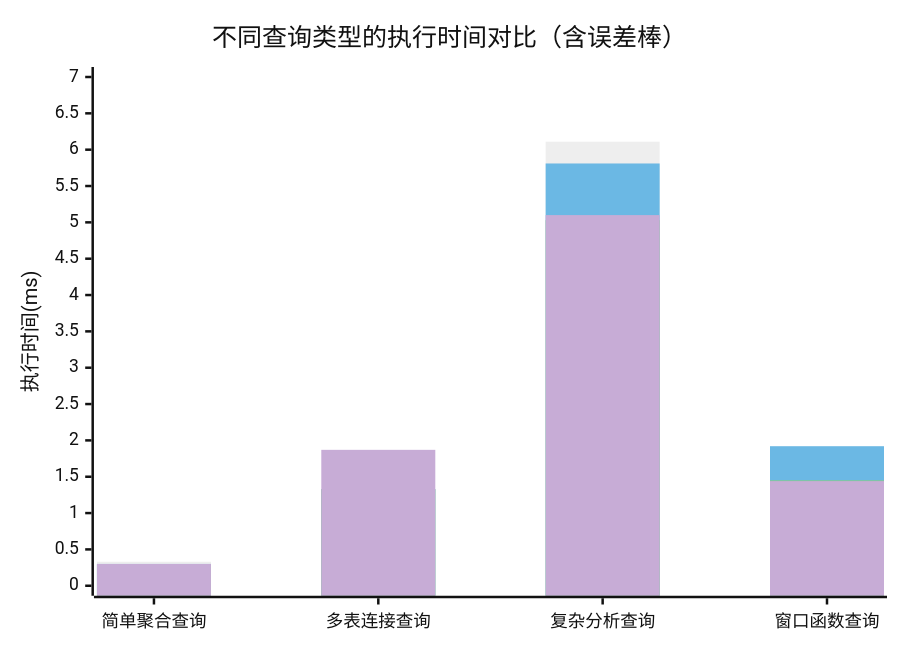
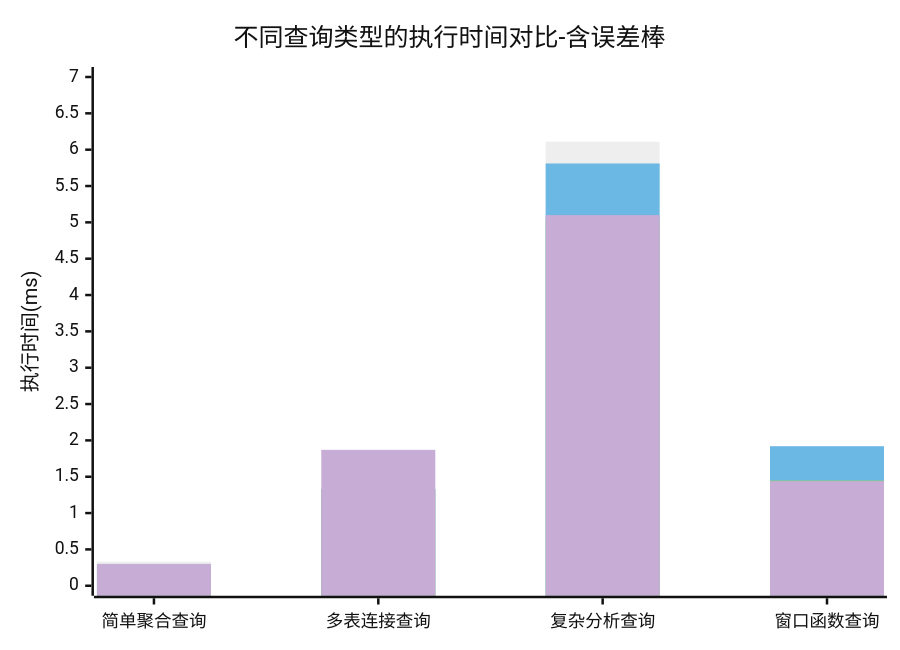
Before and after one commit to crazypenguincode/duckdb: the fourth of 24 diagrams in md/第五章-实验与分析.md, drawn with Mermaid (neutral theme). The commit also changed other lines of this file and 459 other files, not shown here.

````diff
--- a/md/第五章-实验与分析.md
+++ b/md/第五章-实验与分析.md
@@ -223,10 +223,10 @@
 ```mermaid
 xychart-beta
-    title "不同查询类型的执行时间对比（含误差棒）"
+    title "不同查询类型的执行时间对比-含误差棒"
     x-axis ["简单聚合查询", "多表连接查询", "复杂分析查询", "窗口函数查询"]
     y-axis "执行时间(ms)" 0 --> 7
     bar "10次测试" [0.33, 1.33, 6.11, 1.33]
     bar "50次测试" [0.30, 1.33, 5.81, 1.92]
     bar "100次测试" [0.29, 1.33, 5.03, 1.45]
     bar "200次测试" [0.30, 1.87, 5.10, 1.44]
 ```
````
